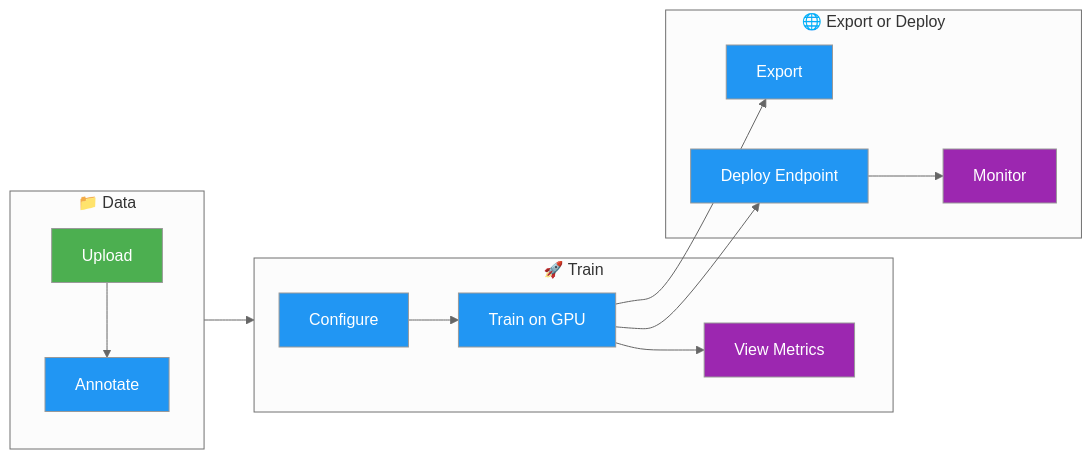
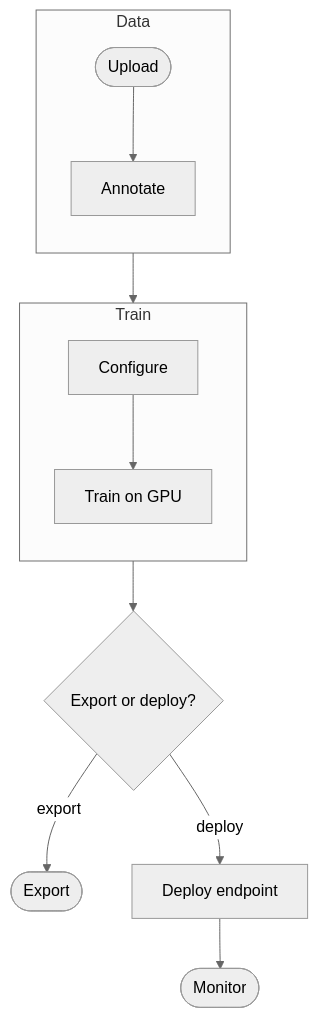
One commit to ultralytics/ultralytics changed the first of 3 diagrams in docs/en/platform/index.md. Above: the diagram before and after it, drawn with Mermaid (neutral theme). The commit also changed other lines of this file and 20 other files, not shown here.

Commit message:
Migrate docs Mermaid diagrams to the unified design system (#26573)

````diff
--- a/docs/en/platform/index.md
+++ b/docs/en/platform/index.md
@@ -22,21 +22,16 @@
 ```mermaid
-graph LR
-    subgraph Data["📁 Data"]
-        A[Upload]:::start --> B[Annotate]:::proc
+flowchart TD
+    subgraph data["Data"]
+        direction TB
+        A([Upload]) --> B[Annotate]
     end
-    subgraph Train["🚀 Train"]
-        D[Configure]:::proc --> E[Train on GPU]:::proc
-        E --> F[View Metrics]:::out
+    subgraph train["Train"]
+        direction TB
+        C[Configure] --> D[Train on GPU]
     end
-    subgraph Deploy["🌐 Export or Deploy"]
-        G[Export]:::proc
-        H[Deploy Endpoint]:::proc --> I[Monitor]:::out
-    end
-    Data --> Train
-    E --> G
-    E --> H
-
-    classDef start fill:#4CAF50,color:#fff
-    classDef proc fill:#2196F3,color:#fff
-    classDef out fill:#9C27B0,color:#fff
+    data --> train
+    train --> E{Export or deploy?}
+    E -->|export| F([Export])
+    E -->|deploy| G[Deploy endpoint]
+    G --> H([Monitor])
 ```
````
